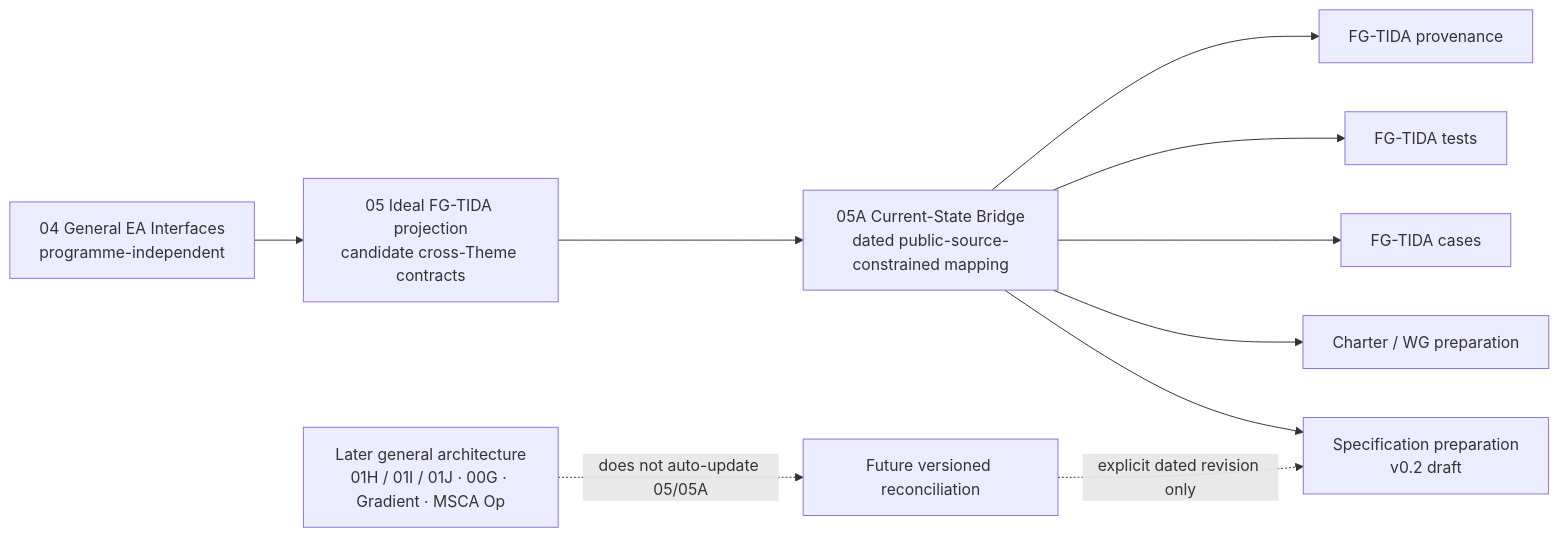
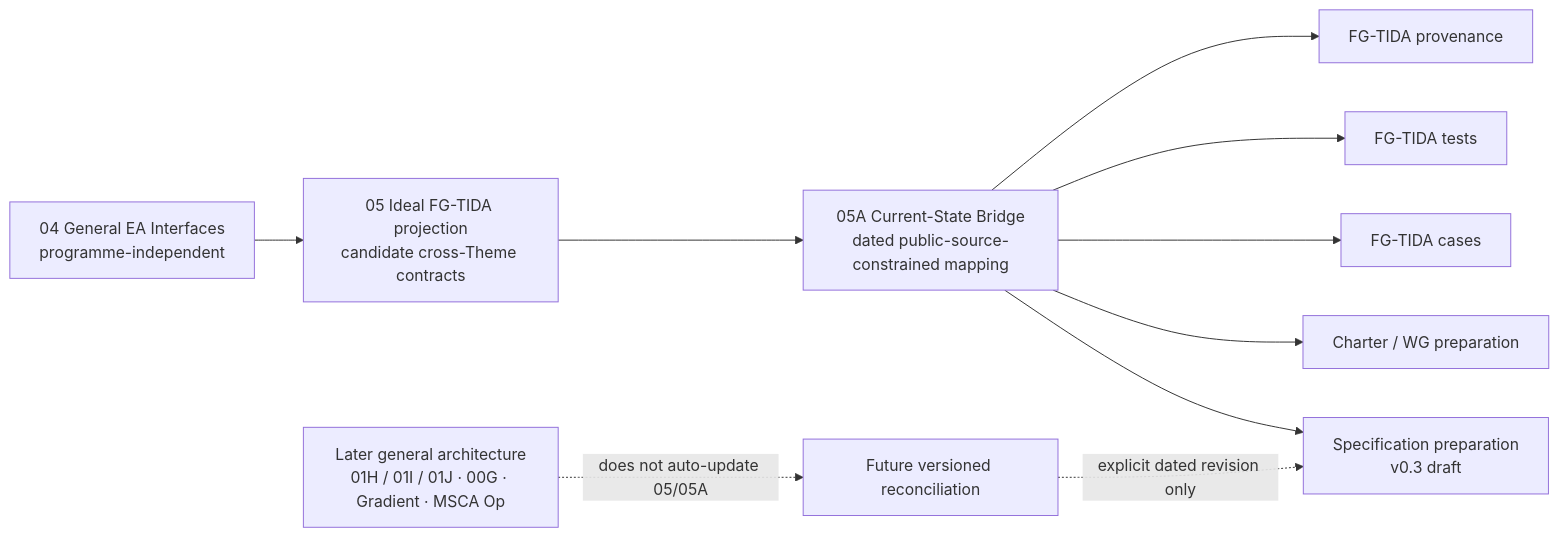
The seventh of 9 diagrams in research/ecosystem-awareness/VISUAL_GUIDE.md (dakleyer/structural-awareness-contributions), drawn with Mermaid before and after one commit. The commit also changed other lines of this file, not shown here.

Commit message:
docs: refresh visual guide for specification v0.3

````diff
--- a/research/ecosystem-awareness/VISUAL_GUIDE.md
+++ b/research/ecosystem-awareness/VISUAL_GUIDE.md
@@ -213,22 +213,22 @@
 ```mermaid
 flowchart LR
     G04["04 General EA Interfaces<br/>programme-independent"]
     I05["05 Ideal FG-TIDA projection<br/>candidate cross-Theme contracts"]
     C05A["05A Current-State Bridge<br/>dated public-source-constrained mapping"]
-    SPEC["Specification preparation<br/>v0.2 draft"]
+    SPEC["Specification preparation<br/>v0.3 draft"]
     CHAR["Charter / WG preparation"]
     CASES["FG-TIDA cases"]
     TESTS["FG-TIDA tests"]
     PROV["FG-TIDA provenance"]
     LATER["Later general architecture<br/>01H / 01I / 01J · 00G · Gradient · MSCA Op"]
     REV["Future versioned reconciliation"]
 
     G04 --> I05 --> C05A
     C05A --> SPEC
     C05A --> CHAR
     C05A --> CASES
     C05A --> TESTS
     C05A --> PROV
     LATER -. "does not auto-update 05/05A" .-> REV
     REV -. "explicit dated revision only" .-> SPEC
 ```
````
